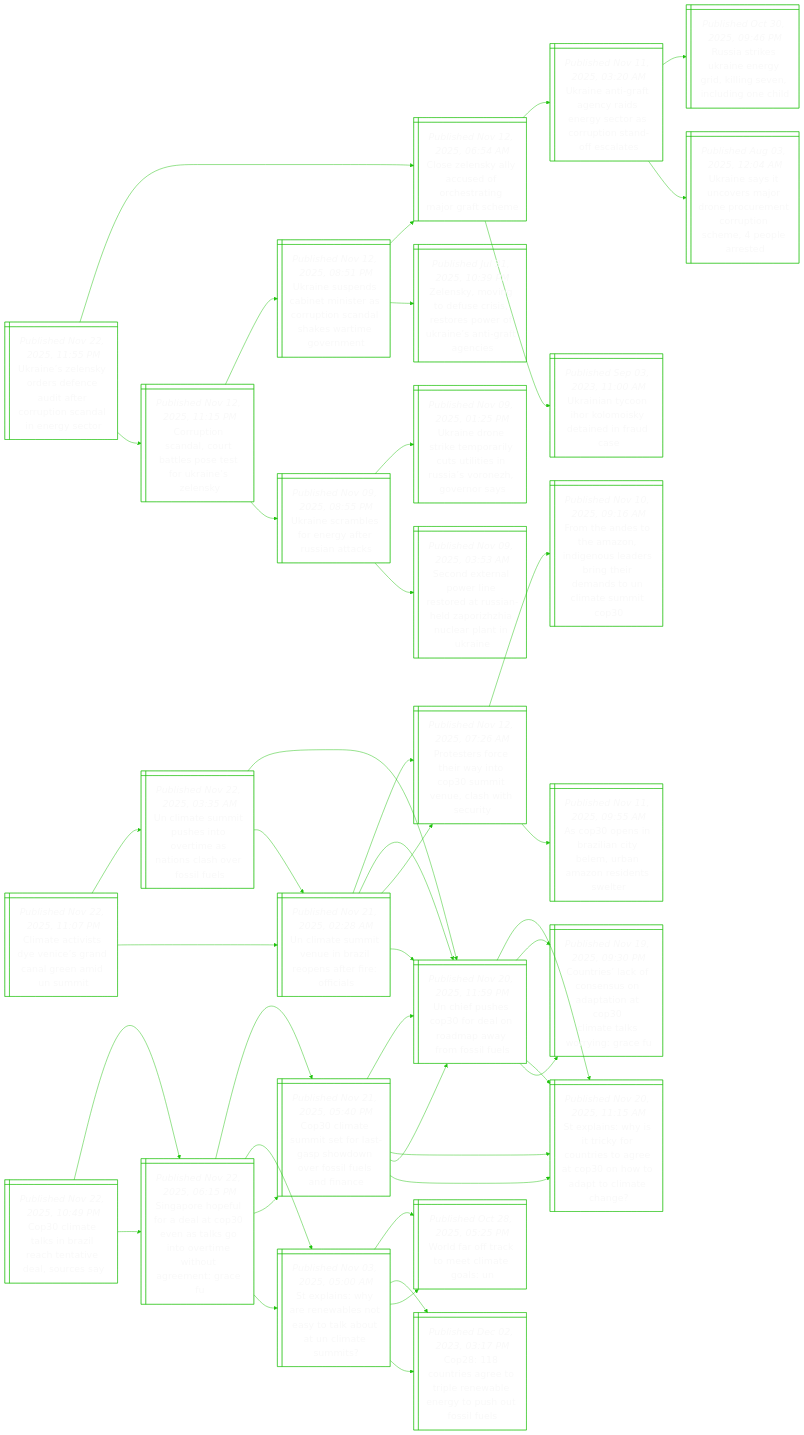
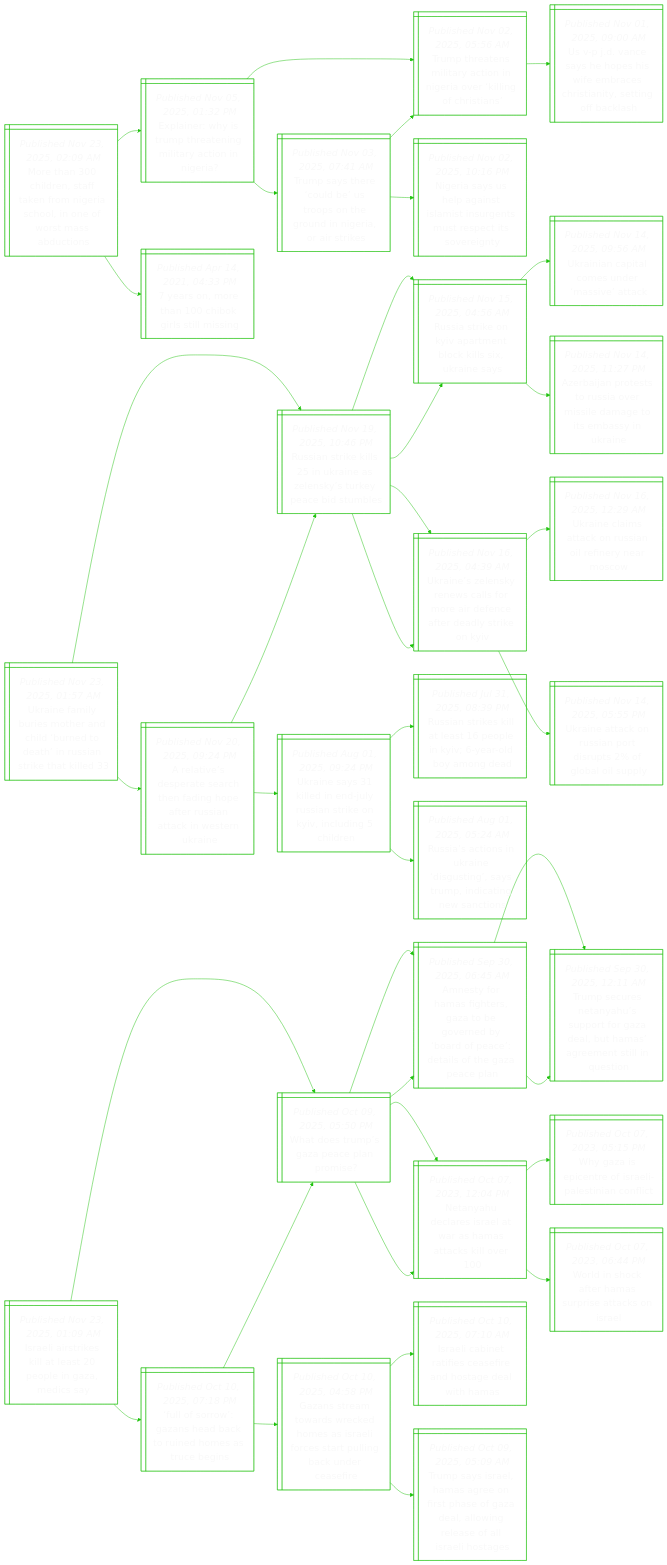
One commit to notJmes/notJmes changed the diagram in README.md. Above: the diagram before and after it, drawn with Mermaid. The commit also changed other lines of this file, not shown here.

````diff
--- a/README.md
+++ b/README.md
@@ -16,136 +16,121 @@
 flowchart LR
 classDef txtsize font-size:20px;
 
-Unlyreufotclee@{ shape: win-pane, label: "_Published Nov 22, 2025, 11:55 PM_
-Ukraine’s zelensky orders defence audit after corruption scandal in energy sector" }
-CZslufetarc@{ shape: win-pane, label: "_Published Nov 12, 2025, 06:54 AM_
-Close zelensky ally accused of orchestrating major graft scheme" }
-Unitcdrcsundst@{ shape: win-pane, label: "_Published Nov 11, 2025, 03:20 AM_
-Ukraine anti-graft agency raids energy sector as corruption stand-off escalates" }
-Rakreyknelgh@{ shape: win-pane, label: "_Published Oct 30, 2025, 09:46 PM_
-Russia strikes ukraine energy grid, killing seven, including one child" }
-Unscsreunroeore@{ shape: win-pane, label: "_Published Aug 03, 2025, 12:04 AM_
-Ukraine says it uncovers major drone procurement corruption scheme, 4 people arrested" }
-UnyIoieera@{ shape: win-pane, label: "_Published Sep 03, 2023, 11:00 AM_
-Ukrainian tycoon ihor kolomoisky detained in fraud case" }
-CpsartosUnly@{ shape: win-pane, label: "_Published Nov 12, 2025, 11:15 PM_
-Corruption scandal, court battles pose test for ukraine’s zelensky" }
-UnpCeiaronhwmen@{ shape: win-pane, label: "_Published Nov 12, 2025, 08:51 PM_
-Ukraine suspends cabinet minister as corruption scandal shakes wartime government" }
-CZslufetarc@{ shape: win-pane, label: "_Published Nov 12, 2025, 06:54 AM_
-Close zelensky ally accused of orchestrating major graft scheme" }
-Zsvossssrrsgai@{ shape: win-pane, label: "_Published Jul 31, 2025, 10:39 PM_
-Zelensky, moving to defuse crisis, restores power of ukraine’s anti-graft agencies" }
-UnasnaRaa@{ shape: win-pane, label: "_Published Nov 09, 2025, 08:55 PM_
-Ukraine scrambles for energy after russian attacks" }
-Unnimruieusnoos@{ shape: win-pane, label: "_Published Nov 09, 2025, 01:25 PM_
-Ukraine drone strike temporarily cuts utilities in russia’s voronezh, governor says" }
-SdroisdshazaeaUn@{ shape: win-pane, label: "_Published Nov 09, 2025, 03:53 AM_
-Second external power line restored at russian-held zaporizhzhia nuclear plant in ukraine" }
+MhinfnNioowmbi@{ shape: win-pane, label: "_Published Nov 23, 2025, 02:09 AM_
+More than 300 children, staff taken from nigeria school, in one of worst mass abductions" }
+Eihrhematnr@{ shape: win-pane, label: "_Published Nov 05, 2025, 01:32 PM_
+Explainer: why is trump threatening military action in nigeria?" }
+TttiriNiriCt@{ shape: win-pane, label: "_Published Nov 02, 2025, 05:56 AM_
+Trump threatens military action in nigeria over ‘killing of christians’" }
+UDehewmeinegas@{ shape: win-pane, label: "_Published Nov 01, 2025, 09:00 AM_
+Us v-p j.d. vance says he hopes his wife embraces christianity, setting off backlash" }
+Tshoeonrierts@{ shape: win-pane, label: "_Published Nov 03, 2025, 07:41 AM_
+Trump says there ‘could be’ us troops on the ground in nigeria, or air strikes" }
+TttiriNiriCt@{ shape: win-pane, label: "_Published Nov 02, 2025, 05:56 AM_
+Trump threatens military action in nigeria over ‘killing of christians’" }
+Nislissuttesrt@{ shape: win-pane, label: "_Published Nov 02, 2025, 10:16 PM_
+Nigeria says us help against islamist insurgents must respect its sovereignty" }
+yoeCksli@{ shape: win-pane, label: "_Published Apr 14, 2021, 04:33 PM_
+7 years on, more than 100 chibok girls still missing" }
 
-Unlyreufotclee:::txtsize --> CZslufetarc:::txtsize
-CZslufetarc:::txtsize --> Unitcdrcsundst:::txtsize
-Unitcdrcsundst:::txtsize --> Rakreyknelgh:::txtsize
-Unitcdrcsundst:::txtsize --> Unscsreunroeore:::txtsize
-CZslufetarc:::txtsize --> UnyIoieera:::txtsize
-Unlyreufotclee:::txtsize --> CpsartosUnly:::txtsize
-CpsartosUnly:::txtsize --> UnpCeiaronhwmen:::txtsize
-UnpCeiaronhwmen:::txtsize --> CZslufetarc:::txtsize
-UnpCeiaronhwmen:::txtsize --> Zsvossssrrsgai:::txtsize
-CpsartosUnly:::txtsize --> UnasnaRaa:::txtsize
-UnasnaRaa:::txtsize --> Unnimruieusnoos:::txtsize
-UnasnaRaa:::txtsize --> SdroisdshazaeaUn:::txtsize
+MhinfnNioowmbi:::txtsize --> Eihrhematnr:::txtsize
+Eihrhematnr:::txtsize --> TttiriNiriCt:::txtsize
+TttiriNiriCt:::txtsize --> UDehewmeinegas:::txtsize
+Eihrhematnr:::txtsize --> Tshoeonrierts:::txtsize
+Tshoeonrierts:::txtsize --> TttiriNiriCt:::txtsize
+Tshoeonrierts:::txtsize --> Nislissuttesrt:::txtsize
+MhinfnNioowmbi:::txtsize --> yoeCksli:::txtsize
 
-CtisesdlnUm@{ shape: win-pane, label: "_Published Nov 22, 2025, 11:07 PM_
-Climate activists dye venice’s grand canal green amid un summit" }
-Umupsoinnsril@{ shape: win-pane, label: "_Published Nov 22, 2025, 03:35 AM_
-Un climate summit pushes into overtime as nations clash over fossil fuels" }
-UehPerayfls@{ shape: win-pane, label: "_Published Nov 20, 2025, 11:59 PM_
-Un chief pushes cop30 for deal on roadmap away from fossil fuels" }
-SlWicrtteOodoaa@{ shape: win-pane, label: "_Published Nov 20, 2025, 11:15 AM_
-St explains: why is it tricky for countries to agree at cop30 on how to adapt to climate change?" }
-CracnntnPalrge@{ shape: win-pane, label: "_Published Nov 19, 2025, 09:30 PM_
-Countries’ lack of consensus on adaptation at cop30 climate talks worrying: grace fu" }
-Umuvizoaffa@{ shape: win-pane, label: "_Published Nov 21, 2025, 02:28 AM_
-Un climate summit venue in brazil reopens after fire: officials" }
-Psftwtstehsi@{ shape: win-pane, label: "_Published Nov 12, 2025, 07:26 AM_
-Protesters force their way into cop30 summit venue, clash with security" }
-UehPerayfls@{ shape: win-pane, label: "_Published Nov 20, 2025, 11:59 PM_
-Un chief pushes cop30 for deal on roadmap away from fossil fuels" }
-Umuvizoaffa@{ shape: win-pane, label: "_Published Nov 21, 2025, 02:28 AM_
-Un climate summit venue in brazil reopens after fire: officials" }
-Psftwtstehsi@{ shape: win-pane, label: "_Published Nov 12, 2025, 07:26 AM_
-Protesters force their way into cop30 summit venue, clash with security" }
-FhehzdoabtddNamO@{ shape: win-pane, label: "_Published Nov 10, 2025, 09:16 AM_
-From the andes to the amazon, indigenous leaders bring their demands to un climate summit cop30" }
-AoiznBuAndse@{ shape: win-pane, label: "_Published Nov 11, 2025, 09:55 AM_
-As cop30 opens in brazilian city belem, urban amazon residents swelter" }
-UehPerayfls@{ shape: win-pane, label: "_Published Nov 20, 2025, 11:59 PM_
-Un chief pushes cop30 for deal on roadmap away from fossil fuels" }
-SlWicrtteOodoaa@{ shape: win-pane, label: "_Published Nov 20, 2025, 11:15 AM_
-St explains: why is it tricky for countries to agree at cop30 on how to adapt to climate change?" }
-CracnntnPalrge@{ shape: win-pane, label: "_Published Nov 19, 2025, 09:30 PM_
-Countries’ lack of consensus on adaptation at cop30 climate talks worrying: grace fu" }
+Uniroairohssekd@{ shape: win-pane, label: "_Published Nov 23, 2025, 01:57 AM_
+Ukraine family buries mother and child ‘burned to death’ in russian strike that killed 33" }
+RailUnekreim@{ shape: win-pane, label: "_Published Nov 19, 2025, 10:46 PM_
+Russian strike kills 25 in ukraine as zelensky’s turkey peace bid stumbles" }
+RakyanclUns@{ shape: win-pane, label: "_Published Nov 15, 2025, 04:56 AM_
+Russia strike on kyiv apartment block kills six, ukraine says" }
+Unalsrit@{ shape: win-pane, label: "_Published Nov 14, 2025, 09:56 AM_
+Ukrainian capital comes under ‘massive’ attack" }
+AapsRamlaibia@{ shape: win-pane, label: "_Published Nov 14, 2025, 11:27 PM_
+Azerbaijan protests to russia over missile damage to its embassy in ukraine" }
+Unlywlmiefesei@{ shape: win-pane, label: "_Published Nov 16, 2025, 04:39 AM_
+Ukraine’s zelensky renews calls for more air defence after deadly strike on kyiv" }
+Unitnilnes@{ shape: win-pane, label: "_Published Nov 16, 2025, 12:29 AM_
+Ukraine claims attack on russian oil refinery near moscow" }
+UnaRatufasy@{ shape: win-pane, label: "_Published Nov 14, 2025, 05:55 PM_
+Ukraine attack on russian port disrupts 2% of global oil supply" }
+Atdretahfunceni@{ shape: win-pane, label: "_Published Nov 20, 2025, 09:24 PM_
+A relative’s desperate search then fading hope after russian attack in western ukraine" }
+RailUnekreim@{ shape: win-pane, label: "_Published Nov 19, 2025, 10:46 PM_
+Russian strike kills 25 in ukraine as zelensky’s turkey peace bid stumbles" }
+RakyanclUns@{ shape: win-pane, label: "_Published Nov 15, 2025, 04:56 AM_
+Russia strike on kyiv apartment block kills six, ukraine says" }
+Unlywlmiefesei@{ shape: win-pane, label: "_Published Nov 16, 2025, 04:39 AM_
+Ukraine’s zelensky renews calls for more air defence after deadly strike on kyiv" }
+Unsenyirnidhe@{ shape: win-pane, label: "_Published Aug 01, 2025, 09:24 PM_
+Ukraine says 31 killed in end-july russian strike on kyiv, including 5 children" }
+Raiilpeirond@{ shape: win-pane, label: "_Published Jul 31, 2025, 08:39 PM_
+Russian strikes kill at least 16 people in kyiv; 6-year-old boy among dead" }
+Rainisiyminsi@{ shape: win-pane, label: "_Published Aug 01, 2025, 05:24 AM_
+Russia’s actions in ukraine ‘disgusting’, says trump, indicating new sanctions" }
 
-CtisesdlnUm:::txtsize --> Umupsoinnsril:::txtsize
-Umupsoinnsril:::txtsize --> UehPerayfls:::txtsize
-UehPerayfls:::txtsize --> SlWicrtteOodoaa:::txtsize
-UehPerayfls:::txtsize --> CracnntnPalrge:::txtsize
-Umupsoinnsril:::txtsize --> Umuvizoaffa:::txtsize
-Umuvizoaffa:::txtsize --> Psftwtstehsi:::txtsize
-Umuvizoaffa:::txtsize --> UehPerayfls:::txtsize
-CtisesdlnUm:::txtsize --> Umuvizoaffa:::txtsize
-Umuvizoaffa:::txtsize --> Psftwtstehsi:::txtsize
-Psftwtstehsi:::txtsize --> FhehzdoabtddNamO:::txtsize
-Psftwtstehsi:::txtsize --> AoiznBuAndse:::txtsize
-Umuvizoaffa:::txtsize --> UehPerayfls:::txtsize
-UehPerayfls:::txtsize --> SlWicrtteOodoaa:::txtsize
-UehPerayfls:::txtsize --> CracnntnPalrge:::txtsize
+Uniroairohssekd:::txtsize --> RailUnekreim:::txtsize
+RailUnekreim:::txtsize --> RakyanclUns:::txtsize
+RakyanclUns:::txtsize --> Unalsrit:::txtsize
+RakyanclUns:::txtsize --> AapsRamlaibia:::txtsize
+RailUnekreim:::txtsize --> Unlywlmiefesei:::txtsize
+Unlywlmiefesei:::txtsize --> Unitnilnes:::txtsize
+Unlywlmiefesei:::txtsize --> UnaRatufasy:::txtsize
+Uniroairohssekd:::txtsize --> Atdretahfunceni:::txtsize
+Atdretahfunceni:::txtsize --> RailUnekreim:::txtsize
+RailUnekreim:::txtsize --> RakyanclUns:::txtsize
+RailUnekreim:::txtsize --> Unlywlmiefesei:::txtsize
+Atdretahfunceni:::txtsize --> Unsenyirnidhe:::txtsize
+Unsenyirnidhe:::txtsize --> Raiilpeirond:::txtsize
+Unsenyirnidhe:::txtsize --> Rainisiyminsi:::txtsize
 
-Citizanvlcy@{ shape: win-pane, label: "_Published Nov 22, 2025, 10:49 PM_
-Cop30 climate talks in brazil reach tentative deal, sources say" }
-SpoldtvtgotiteGF@{ shape: win-pane, label: "_Published Nov 22, 2025, 06:15 PM_
-Singapore hopeful for a deal at cop30 even as talks go into overtime without agreement: grace fu" }
-Cistotsoesedn@{ shape: win-pane, label: "_Published Nov 21, 2025, 05:40 PM_
-Cop30 climate summit set for last-gasp showdown over fossil fuels and finance" }
-UehPerayfls@{ shape: win-pane, label: "_Published Nov 20, 2025, 11:59 PM_
-Un chief pushes cop30 for deal on roadmap away from fossil fuels" }
-SlWicrtteOodoaa@{ shape: win-pane, label: "_Published Nov 20, 2025, 11:15 AM_
-St explains: why is it tricky for countries to agree at cop30 on how to adapt to climate change?" }
-SlWewsatbtist@{ shape: win-pane, label: "_Published Nov 03, 2025, 05:00 AM_
-St explains: why are renewables not easy to talk about at un climate summits?" }
-WffkemoN@{ shape: win-pane, label: "_Published Oct 28, 2025, 05:25 PM_
-World far off track to meet climate goals: un" }
-Cueerranthof@{ shape: win-pane, label: "_Published Dec 02, 2023, 03:17 PM_
-Cop28: 118 countries agree to triple renewable energy to push out fossil fuels" }
-SpoldtvtgotiteGF@{ shape: win-pane, label: "_Published Nov 22, 2025, 06:15 PM_
-Singapore hopeful for a deal at cop30 even as talks go into overtime without agreement: grace fu" }
-Cistotsoesedn@{ shape: win-pane, label: "_Published Nov 21, 2025, 05:40 PM_
-Cop30 climate summit set for last-gasp showdown over fossil fuels and finance" }
-UehPerayfls@{ shape: win-pane, label: "_Published Nov 20, 2025, 11:59 PM_
-Un chief pushes cop30 for deal on roadmap away from fossil fuels" }
-SlWicrtteOodoaa@{ shape: win-pane, label: "_Published Nov 20, 2025, 11:15 AM_
-St explains: why is it tricky for countries to agree at cop30 on how to adapt to climate change?" }
-SlWewsatbtist@{ shape: win-pane, label: "_Published Nov 03, 2025, 05:00 AM_
-St explains: why are renewables not easy to talk about at un climate summits?" }
-WffkemoN@{ shape: win-pane, label: "_Published Oct 28, 2025, 05:25 PM_
-World far off track to meet climate goals: un" }
-Cueerranthof@{ shape: win-pane, label: "_Published Dec 02, 2023, 03:17 PM_
-Cop28: 118 countries agree to triple renewable energy to push out fossil fuels" }
+Ilselaonms@{ shape: win-pane, label: "_Published Nov 23, 2025, 01:09 AM_
+Israeli airstrikes kill at least 20 people in gaza, medics say" }
+Wouaaam@{ shape: win-pane, label: "_Published Oct 09, 2025, 05:50 PM_
+What does trump’s gaza peace plan promise?" }
+AtHfezerydatoGel@{ shape: win-pane, label: "_Published Sep 30, 2025, 06:45 AM_
+Amnesty for hamas fighters, gaza to be governed by ‘board of peace’: details of the gaza peace plan" }
+Tseaupoabmrnluo@{ shape: win-pane, label: "_Published Sep 30, 2025, 12:11 AM_
+Trump secures netanyahu’s support for gaza deal, but hamas’ agreement still in question" }
+Tseaupoabmrnluo@{ shape: win-pane, label: "_Published Sep 30, 2025, 12:11 AM_
+Trump secures netanyahu’s support for gaza deal, but hamas’ agreement still in question" }
+NyeeawHakl@{ shape: win-pane, label: "_Published Oct 07, 2023, 12:04 PM_
+Netanyahu declares israel at war as hamas attacks kill over 100" }
+WzptIleint@{ shape: win-pane, label: "_Published Oct 07, 2023, 05:15 PM_
+Why gaza is epicentre of israeli-palestinian conflict" }
+Wiceapaks@{ shape: win-pane, label: "_Published Oct 07, 2023, 06:44 PM_
+World in shock after hamas surprise attacks on israel" }
+Ffoaakiosen@{ shape: win-pane, label: "_Published Oct 10, 2025, 07:18 PM_
+‘full of sorrow’: gazans head back to ruined homes as truce begins" }
+Gsaardsrfsticese@{ shape: win-pane, label: "_Published Oct 10, 2025, 04:58 PM_
+Gazans stream towards wrecked homes as israeli forces start pulling back under ceasefire" }
+Iliaeseoewa@{ shape: win-pane, label: "_Published Oct 10, 2025, 07:10 AM_
+Israeli cabinet ratifies ceasefire and hostage deal with hamas" }
+TssHaossaaorslaoe@{ shape: win-pane, label: "_Published Oct 09, 2025, 05:09 AM_
+Trump says israel, hamas agree on first phase of gaza deal, allowing release of all israeli hostages" }
+Wouaaam@{ shape: win-pane, label: "_Published Oct 09, 2025, 05:50 PM_
+What does trump’s gaza peace plan promise?" }
+AtHfezerydatoGel@{ shape: win-pane, label: "_Published Sep 30, 2025, 06:45 AM_
+Amnesty for hamas fighters, gaza to be governed by ‘board of peace’: details of the gaza peace plan" }
+NyeeawHakl@{ shape: win-pane, label: "_Published Oct 07, 2023, 12:04 PM_
+Netanyahu declares israel at war as hamas attacks kill over 100" }
 
-Citizanvlcy:::txtsize --> SpoldtvtgotiteGF:::txtsize
-SpoldtvtgotiteGF:::txtsize --> Cistotsoesedn:::txtsize
-Cistotsoesedn:::txtsize --> UehPerayfls:::txtsize
-Cistotsoesedn:::txtsize --> SlWicrtteOodoaa:::txtsize
-SpoldtvtgotiteGF:::txtsize --> SlWewsatbtist:::txtsize
-SlWewsatbtist:::txtsize --> WffkemoN:::txtsize
-SlWewsatbtist:::txtsize --> Cueerranthof:::txtsize
-Citizanvlcy:::txtsize --> SpoldtvtgotiteGF:::txtsize
-SpoldtvtgotiteGF:::txtsize --> Cistotsoesedn:::txtsize
-Cistotsoesedn:::txtsize --> UehPerayfls:::txtsize
-Cistotsoesedn:::txtsize --> SlWicrtteOodoaa:::txtsize
-SpoldtvtgotiteGF:::txtsize --> SlWewsatbtist:::txtsize
-SlWewsatbtist:::txtsize --> WffkemoN:::txtsize
-SlWewsatbtist:::txtsize --> Cueerranthof:::txtsize
+Ilselaonms:::txtsize --> Wouaaam:::txtsize
+Wouaaam:::txtsize --> AtHfezerydatoGel:::txtsize
+AtHfezerydatoGel:::txtsize --> Tseaupoabmrnluo:::txtsize
+AtHfezerydatoGel:::txtsize --> Tseaupoabmrnluo:::txtsize
+Wouaaam:::txtsize --> NyeeawHakl:::txtsize
+NyeeawHakl:::txtsize --> WzptIleint:::txtsize
+NyeeawHakl:::txtsize --> Wiceapaks:::txtsize
+Ilselaonms:::txtsize --> Ffoaakiosen:::txtsize
+Ffoaakiosen:::txtsize --> Gsaardsrfsticese:::txtsize
+Gsaardsrfsticese:::txtsize --> Iliaeseoewa:::txtsize
+Gsaardsrfsticese:::txtsize --> TssHaossaaorslaoe:::txtsize
+Ffoaakiosen:::txtsize --> Wouaaam:::txtsize
+Wouaaam:::txtsize --> AtHfezerydatoGel:::txtsize
+Wouaaam:::txtsize --> NyeeawHakl:::txtsize
 
 ```
````
